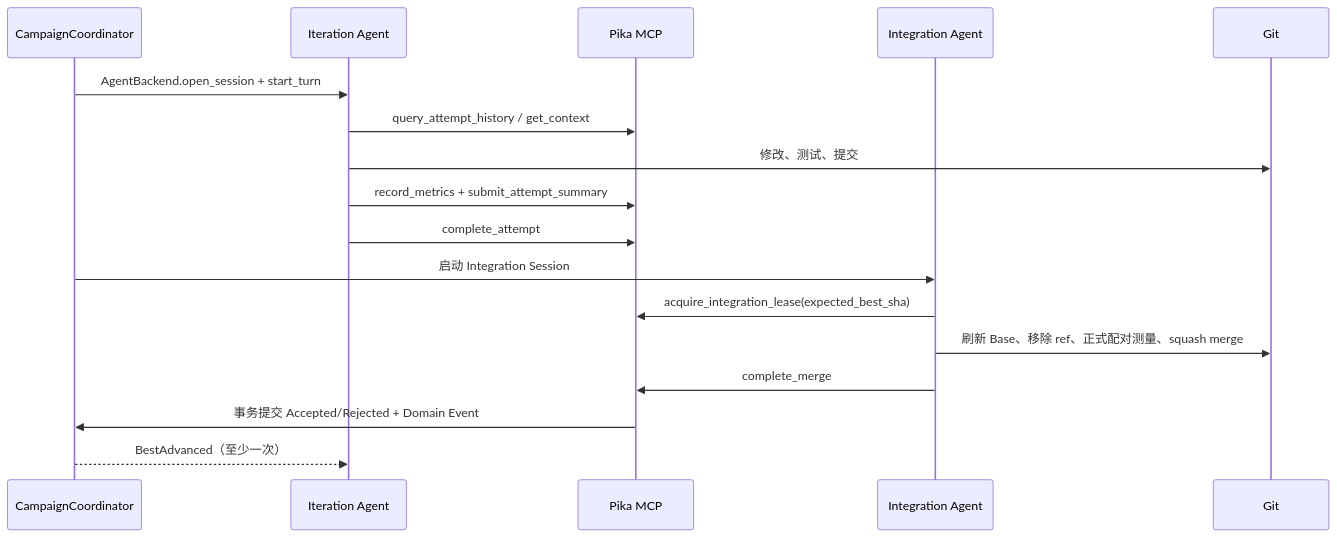
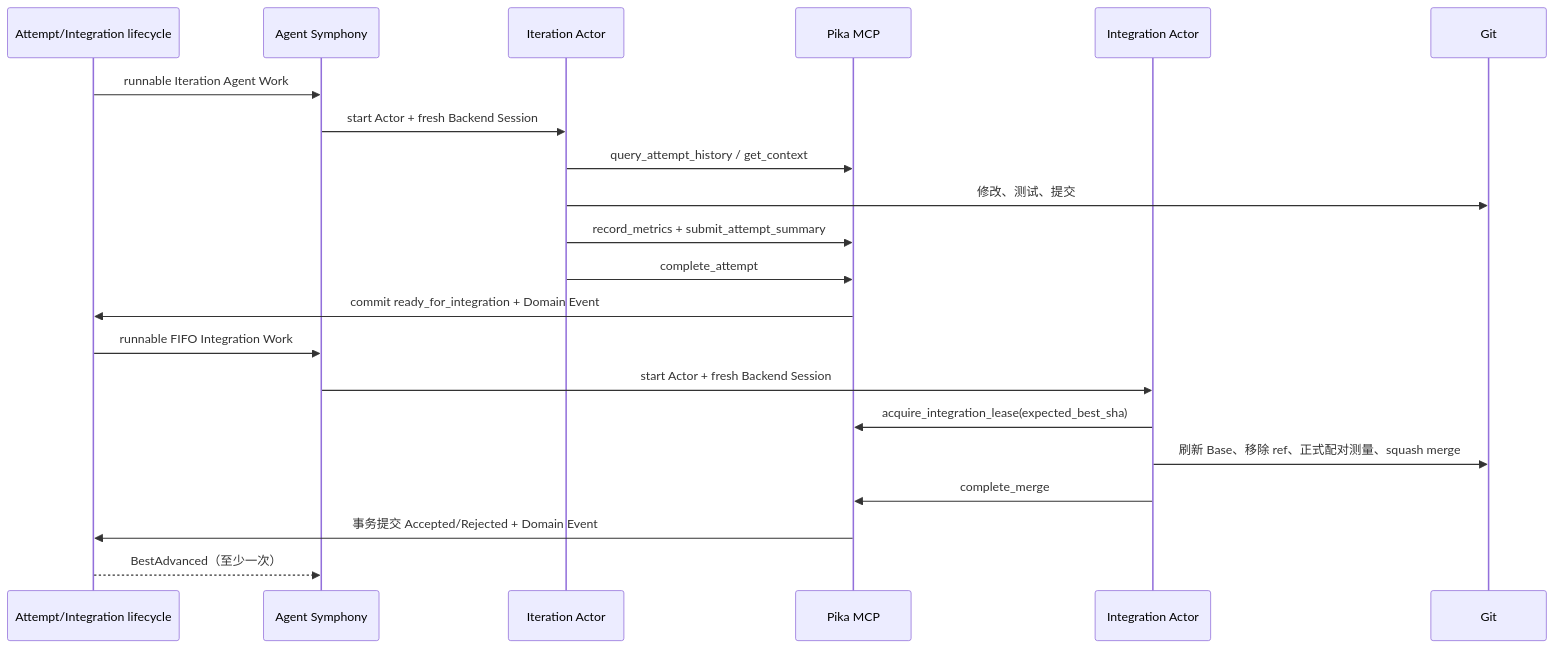
The second of 2 diagrams in docs/design/architecture.md (reyoung/pika), drawn with Mermaid before and after one commit. The commit also changed other lines of this file and 51 other files, not shown here.

````diff
--- a/docs/design/architecture.md
+++ b/docs/design/architecture.md
@@ -136,20 +163,24 @@
 ```mermaid
 sequenceDiagram
-    participant C as CampaignCoordinator
-    participant A as Iteration Agent
+    participant D as Attempt/Integration lifecycle
+    participant S as Agent Symphony
+    participant A as Iteration Actor
     participant M as Pika MCP
-    participant I as Integration Agent
+    participant I as Integration Actor
     participant G as Git
 
-    C->>A: AgentBackend.open_session + start_turn
+    D->>S: runnable Iteration Agent Work
+    S->>A: start Actor + fresh Backend Session
     A->>M: query_attempt_history / get_context
     A->>G: 修改、测试、提交
     A->>M: record_metrics + submit_attempt_summary
     A->>M: complete_attempt
-    C->>I: 启动 Integration Session
+    M->>D: commit ready_for_integration + Domain Event
+    D->>S: runnable FIFO Integration Work
+    S->>I: start Actor + fresh Backend Session
     I->>M: acquire_integration_lease(expected_best_sha)
     I->>G: 刷新 Base、移除 ref、正式配对测量、squash merge
     I->>M: complete_merge
-    M->>C: 事务提交 Accepted/Rejected + Domain Event
-    C-->>A: BestAdvanced（至少一次）
+    M->>D: 事务提交 Accepted/Rejected + Domain Event
+    D-->>S: BestAdvanced（至少一次）
 ```
````
